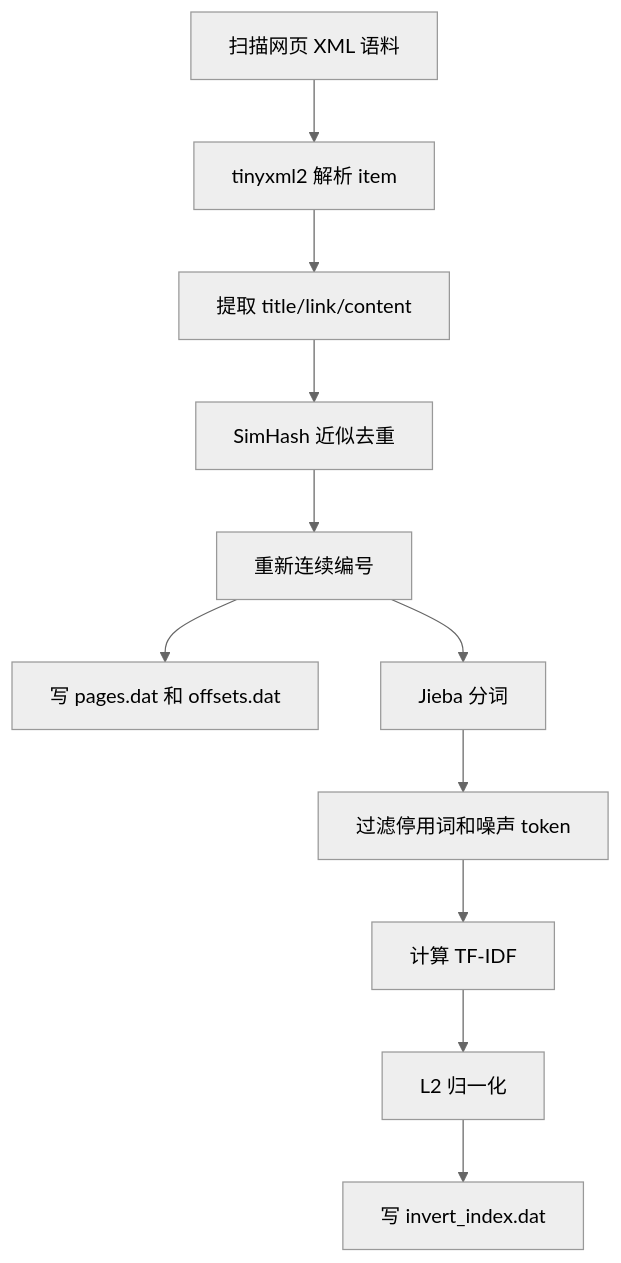
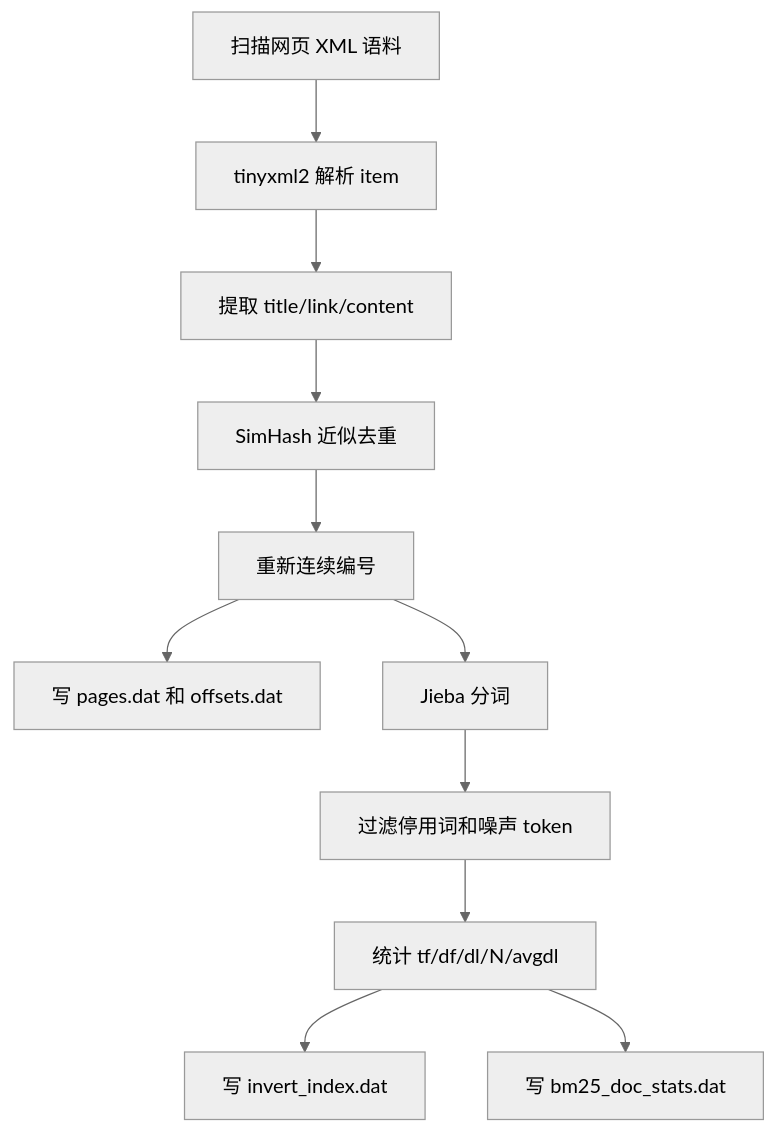
One commit to dijk4tra/Cpp_Advanced changed the fourth of 11 diagrams in 课件/07_搜索引擎项目/03_SearchEngine_V3.1/README.md. Above: the diagram before and after it, drawn with Mermaid (neutral theme). The commit also changed other lines of this file and 21 other files, not shown here.

````diff
--- a/课件/07_搜索引擎项目/03_SearchEngine_V3.1/README.md
+++ b/课件/07_搜索引擎项目/03_SearchEngine_V3.1/README.md
@@ -464,13 +475,13 @@
 ```mermaid
 flowchart TD
     A[扫描网页 XML 语料] --> B[tinyxml2 解析 item]
     B --> C[提取 title/link/content]
     C --> D[SimHash 近似去重]
     D --> E[重新连续编号]
     E --> F[写 pages.dat 和 offsets.dat]
     E --> G[Jieba 分词]
     G --> H[过滤停用词和噪声 token]
-    H --> I[计算 TF-IDF]
-    I --> J[L2 归一化]
-    J --> K[写 invert_index.dat]
+    H --> I[统计 tf/df/dl/N/avgdl]
+    I --> J[写 invert_index.dat]
+    I --> K[写 bm25_doc_stats.dat]
 ```
````
